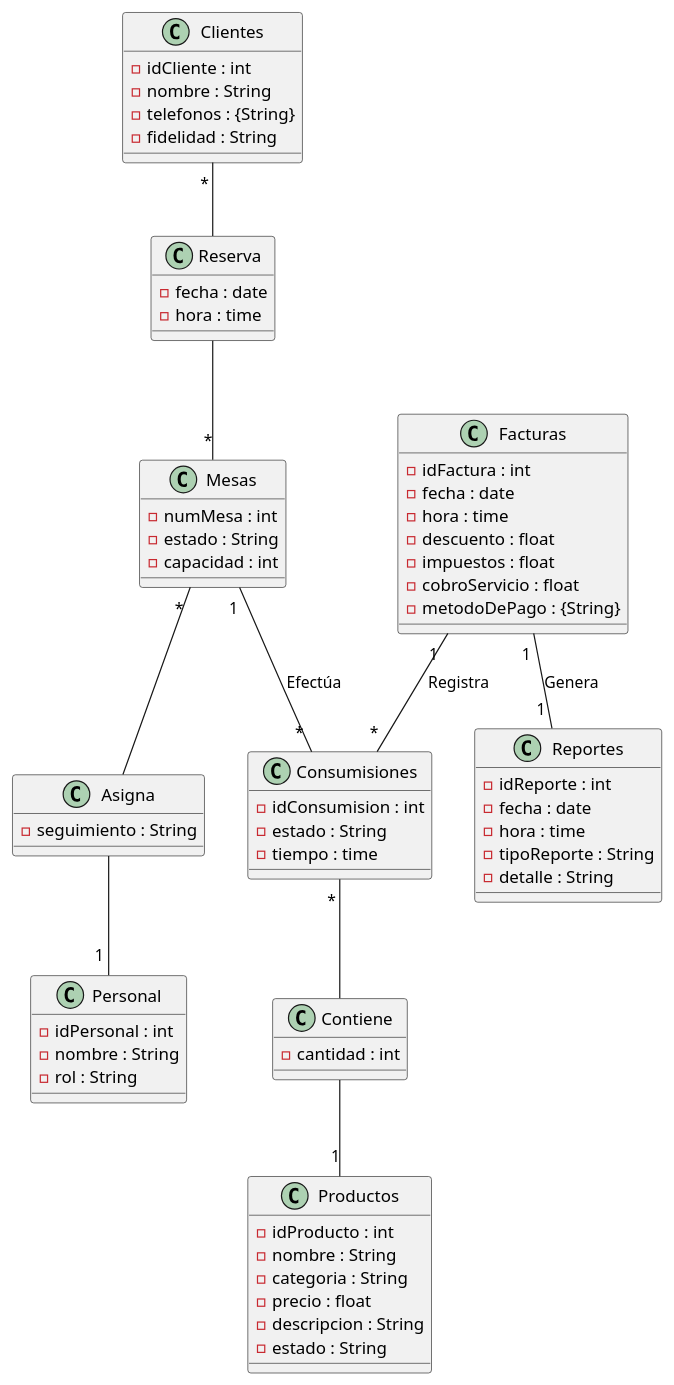
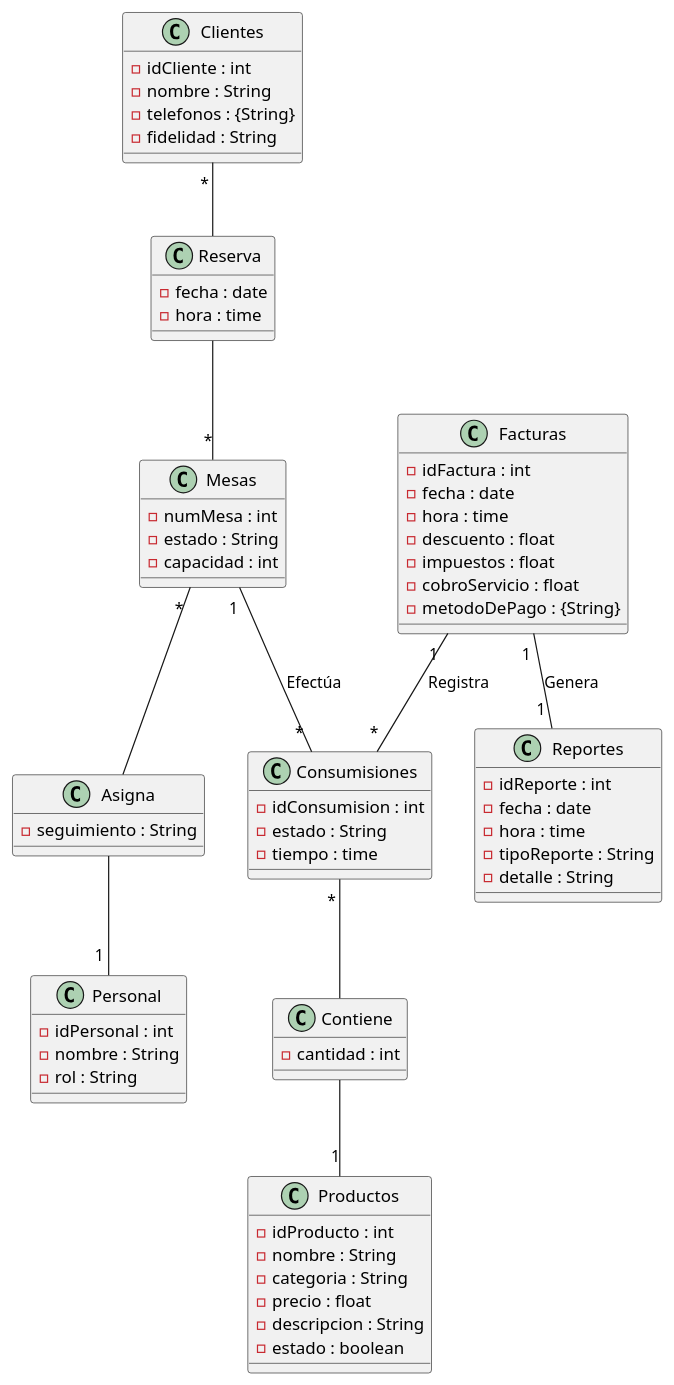
One commit to MrLuksR/Proyecto-Final-Restaurante changed the diagram in src/Diagrama MER.puml. Above: the diagram before and after it, drawn with PlantUML.

```diff
--- a/src/Diagrama MER.puml
+++ b/src/Diagrama MER.puml
@@ -1,78 +1,78 @@
 @startuml
 
 class Clientes {
   - idCliente : int
   - nombre : String
   - telefonos : {String}
   - fidelidad : String
 }
 
 class Mesas {
   - numMesa : int
   - estado : String
   - capacidad : int
 }
 
 class Personal {
   - idPersonal : int
   - nombre : String
   - rol : String
 }
 
 class Reserva {
   - fecha : date
   - hora : time
 }
 
 class Asigna {
   - seguimiento : String
 }
 
 class Consumisiones {
   - idConsumision : int
   - estado : String
   - tiempo : time
 }
 
 class Contiene {
   - cantidad : int
 }
 
 class Productos {
   - idProducto : int
   - nombre : String
   - categoria : String
   - precio : float
   - descripcion : String
-  - estado : String
+  - estado : boolean
 }
 
 class Facturas {
   - idFactura : int
   - fecha : date
   - hora : time
   - descuento : float
   - impuestos : float
   - cobroServicio : float
   - metodoDePago : {String}
 }
 
 class Reportes {
   - idReporte : int
   - fecha : date
   - hora : time
   - tipoReporte : String
   - detalle : String
 }
 
 Clientes " * " -- " " Reserva
 Reserva " " -- "*" Mesas
 Mesas " * " -- " " Asigna
 Asigna " " -- " 1 " Personal
 Mesas " 1 " -- " * " Consumisiones : Efectúa
 Consumisiones " * " -- " " Contiene
 Contiene " " -- "1" Productos
 Facturas " 1 " -- " * " Consumisiones : Registra
 Facturas " 1 " -- " 1 " Reportes : Genera
 
 @enduml
```
